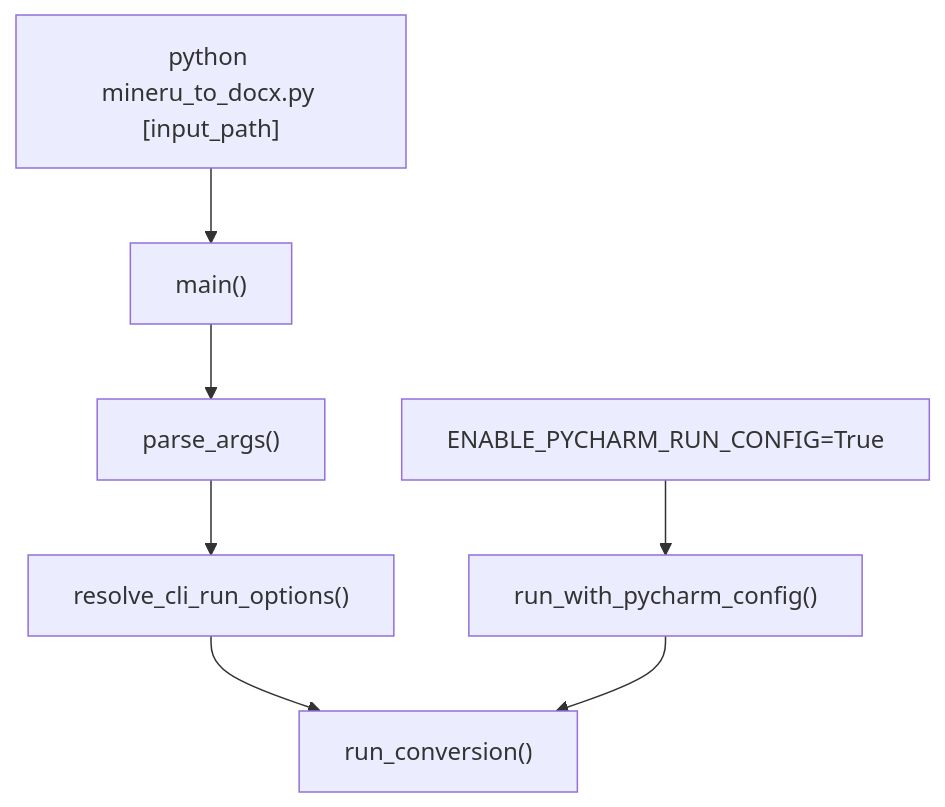
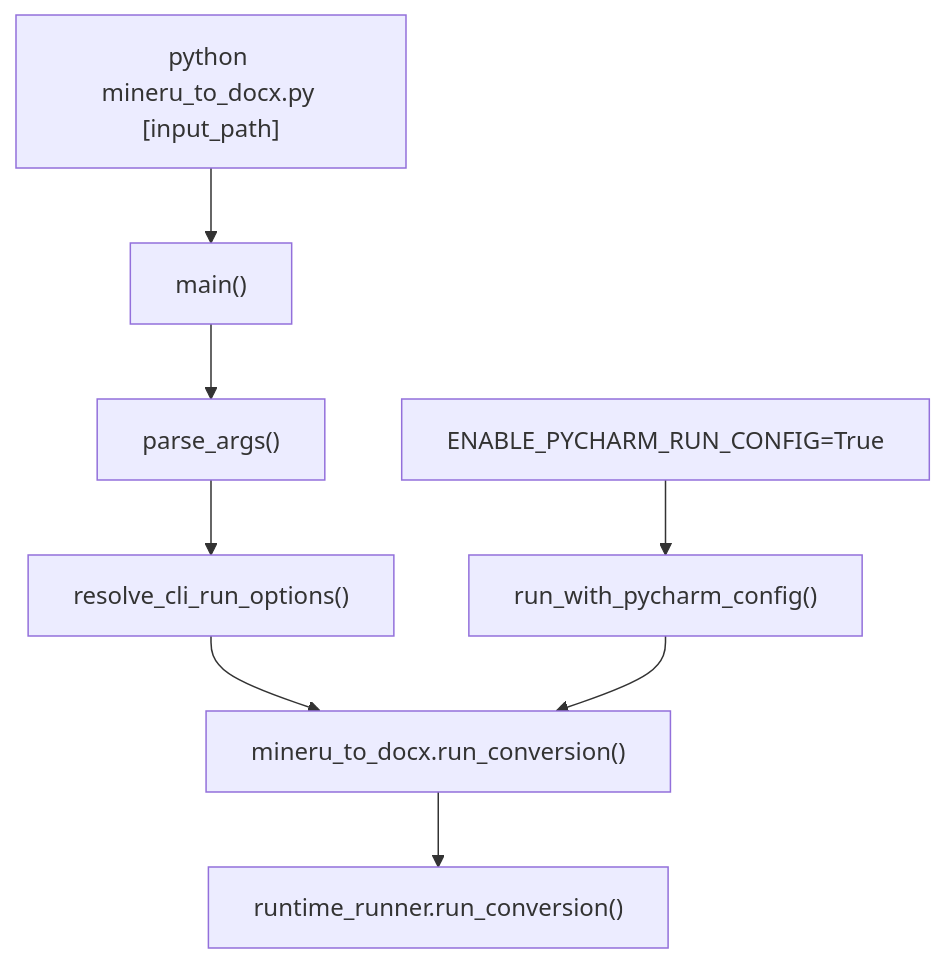
One commit to ccisnoxx/md2word changed the first of 7 diagrams in .codestable/architecture/conversion-flow.md. Above: the diagram before and after it, drawn with Mermaid. The commit also changed other lines of this file and 16 other files, not shown here.

````diff
--- a/.codestable/architecture/conversion-flow.md
+++ b/.codestable/architecture/conversion-flow.md
@@ -17,9 +17,10 @@
 ```mermaid
 flowchart TD
     A["python mineru_to_docx.py [input_path]"] --> B["main()"]
     C["ENABLE_PYCHARM_RUN_CONFIG=True"] --> D["run_with_pycharm_config()"]
     B --> E["parse_args()"]
     E --> F["resolve_cli_run_options()"]
-    F --> G["run_conversion()"]
+    F --> G["mineru_to_docx.run_conversion()"]
     D --> G
+    G --> H["runtime_runner.run_conversion()"]
 ```
````
